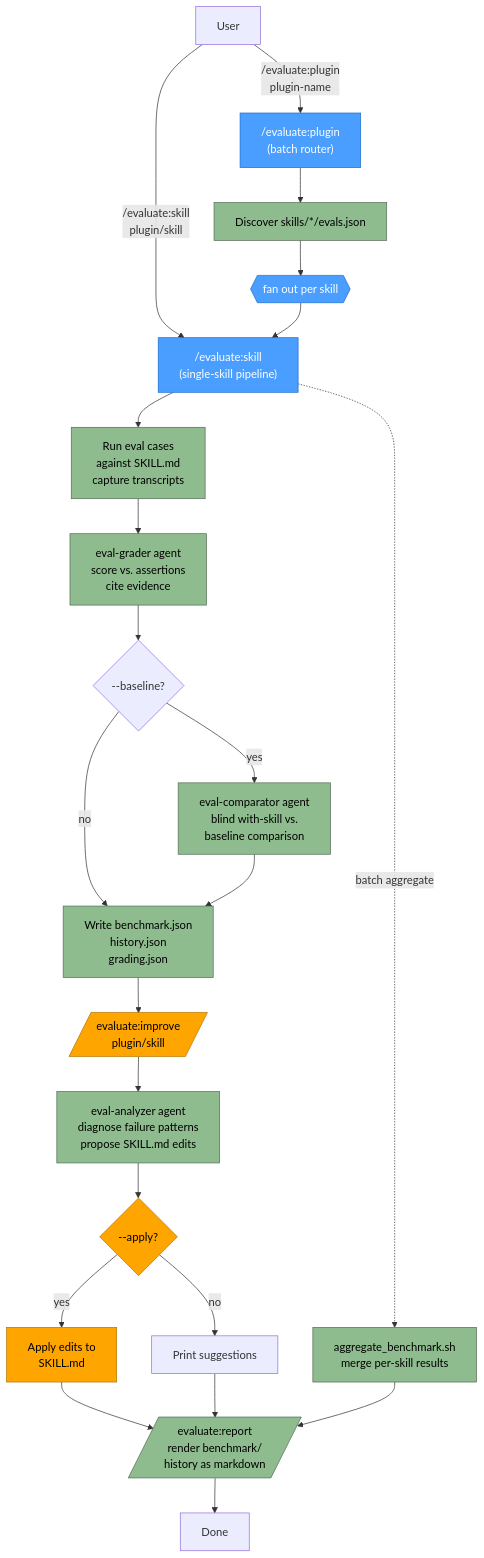
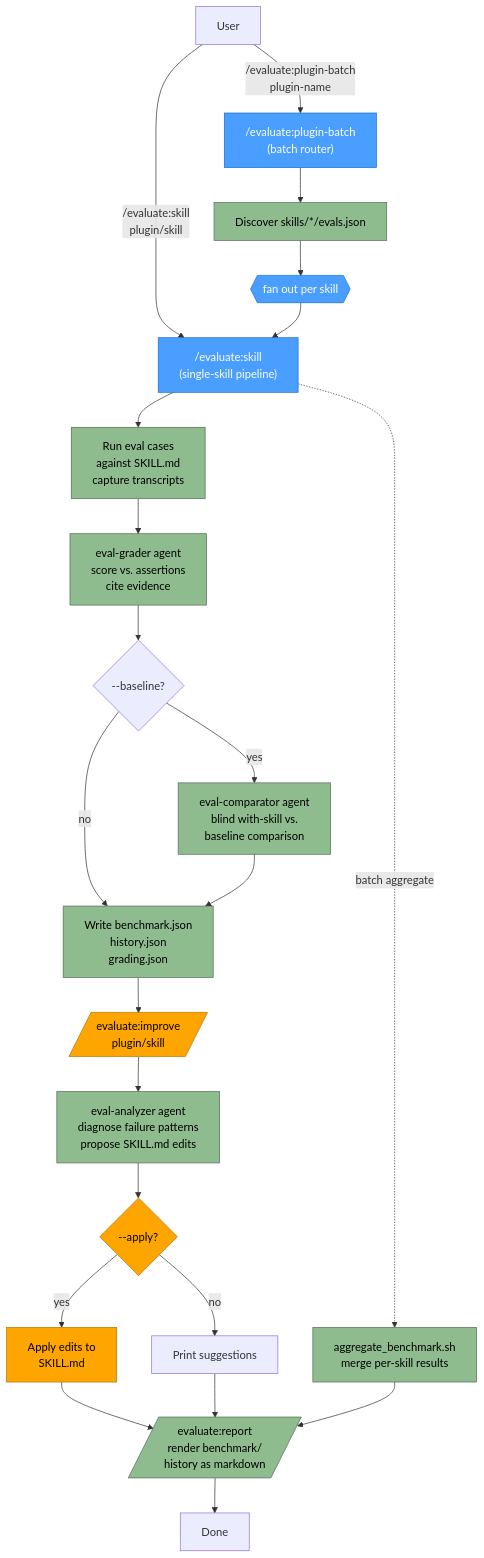
The diagram in evaluate-plugin/docs/flow.md (laurigates/claude-plugins), drawn with Mermaid before and after one commit. The commit also changed other lines of this file and 13 other files, not shown here.

````diff
--- a/evaluate-plugin/docs/flow.md
+++ b/evaluate-plugin/docs/flow.md
@@ -3,39 +3,39 @@
 ```mermaid
 flowchart TD
     U[User] -->|/evaluate:skill<br/>plugin/skill| ES["/evaluate:skill<br/>(single-skill pipeline)"]
-    U -->|/evaluate:plugin<br/>plugin-name| EB["/evaluate:plugin<br/>(batch router)"]
+    U -->|/evaluate:plugin-batch<br/>plugin-name| EB["/evaluate:plugin-batch<br/>(batch router)"]
 
     %% Single-skill pipeline
     ES --> RUN[Run eval cases<br/>against SKILL.md<br/>capture transcripts]
     RUN --> GRADE[eval-grader agent<br/>score vs. assertions<br/>cite evidence]
     GRADE --> CMP{--baseline?}
     CMP -->|yes| COMP[eval-comparator agent<br/>blind with-skill vs.<br/>baseline comparison]
     CMP -->|no| BENCH
     COMP --> BENCH[Write benchmark.json<br/>history.json<br/>grading.json]
 
     BENCH --> IMP[/evaluate:improve<br/>plugin/skill/]
     IMP --> ANA[eval-analyzer agent<br/>diagnose failure patterns<br/>propose SKILL.md edits]
     ANA --> APPLY{--apply?}
     APPLY -->|yes| EDIT[Apply edits to<br/>SKILL.md]
     APPLY -->|no| SUGG[Print suggestions]
     EDIT --> RPT
     SUGG --> RPT
 
     RPT[/evaluate:report<br/>render benchmark/<br/>history as markdown/]
     RPT --> DONE[Done]
 
     %% Batch side-branch
     EB --> DISC[Discover skills/*/evals.json]
     DISC --> FAN{{fan out per skill}}
     FAN --> ES
     ES -.batch aggregate.-> AGG[aggregate_benchmark.sh<br/>merge per-skill results]
     AGG --> RPT
 
     classDef router fill:#4a9eff,stroke:#1a6ecc,color:#fff
     classDef check fill:#8fbc8f,stroke:#556b55,color:#000
     classDef fix fill:#ffa500,stroke:#b37400,color:#000
 
     class ES,EB,FAN router
     class RUN,GRADE,COMP,BENCH,ANA,RPT,AGG,DISC check
     class EDIT,IMP,APPLY fix
 ```
````
